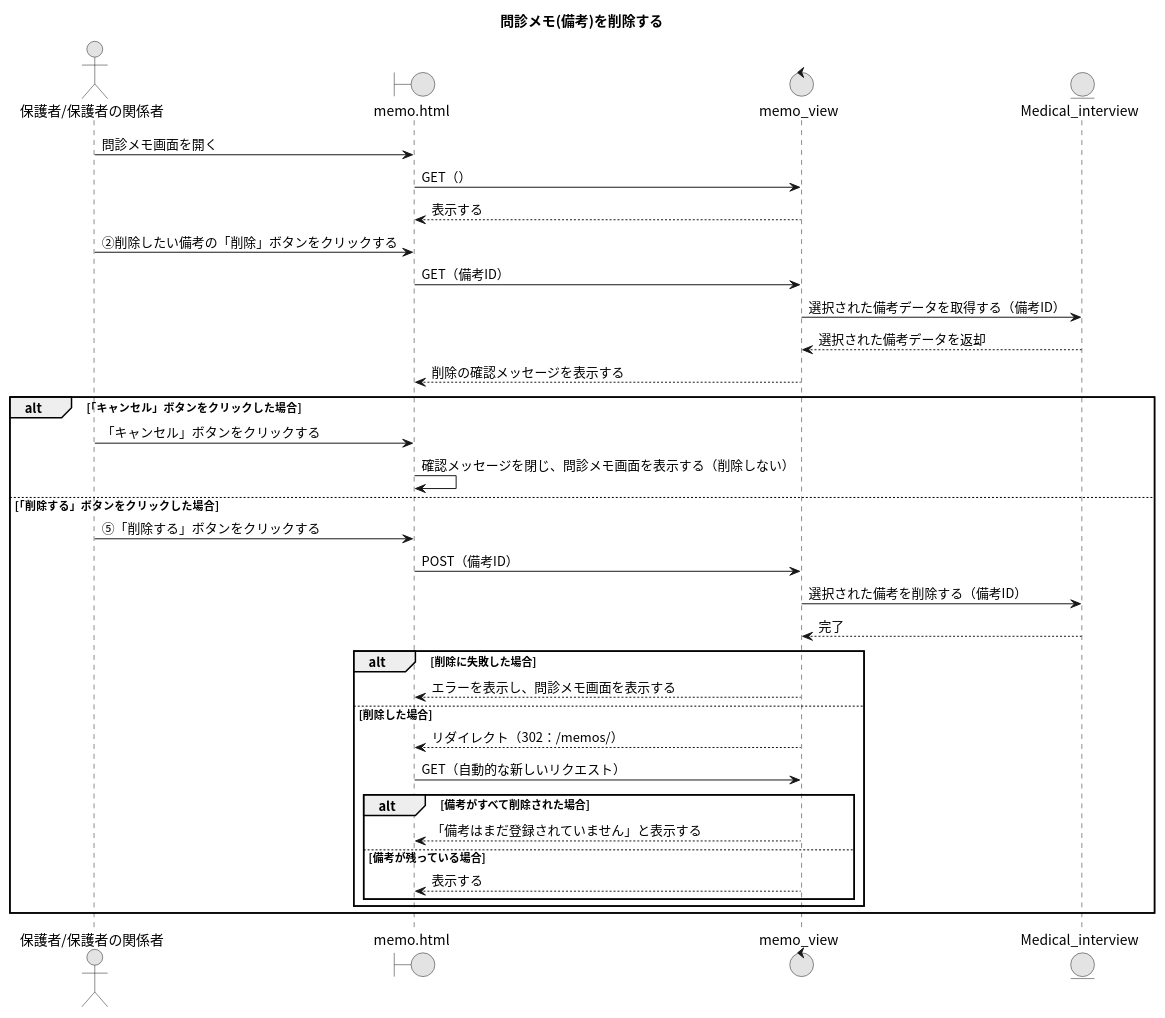
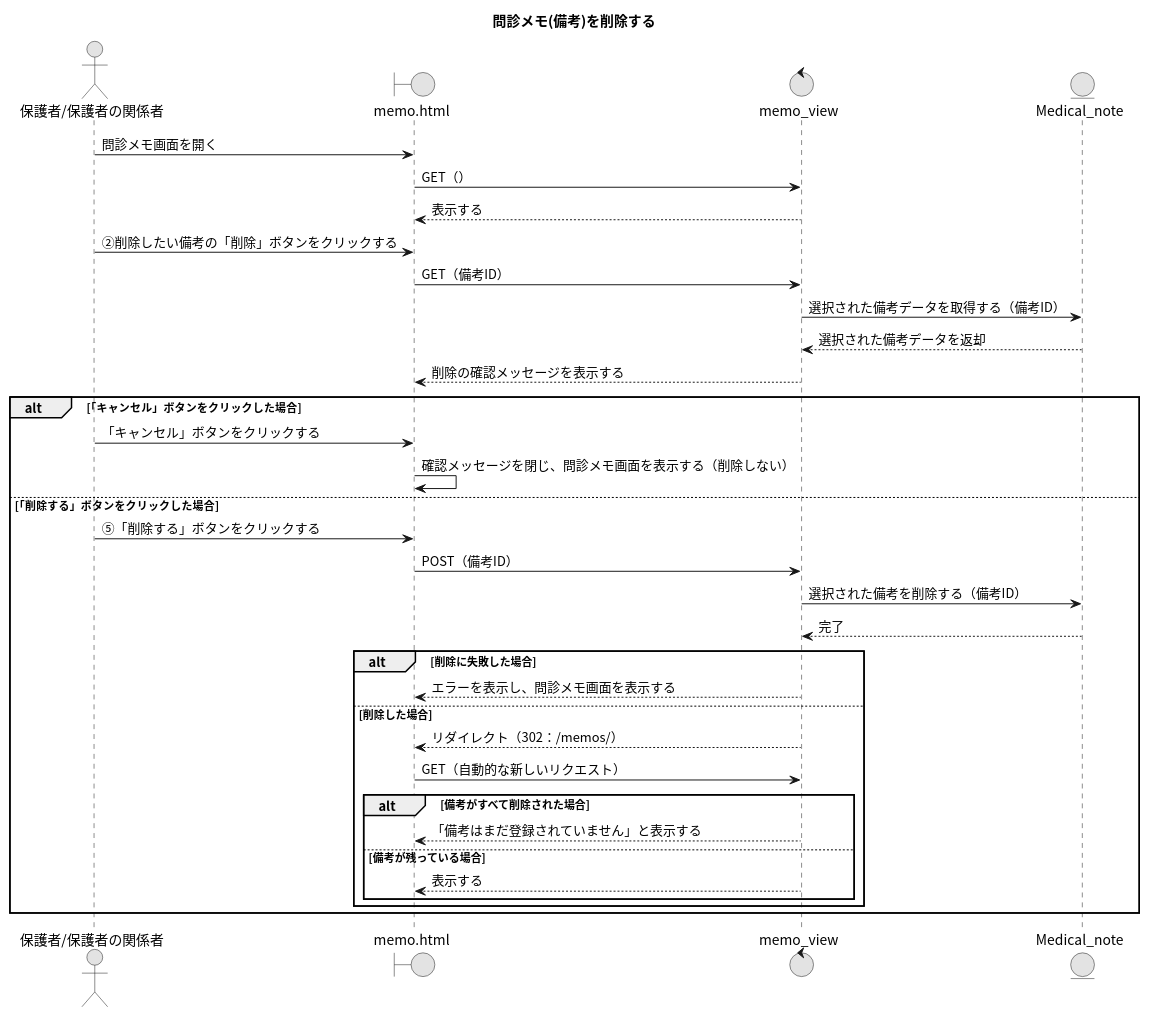
Before and after one commit to Ma2naga190330/26_sotugyou_puml: the diagram in 21_問診メモ(備考)を削除する.puml, drawn with PlantUML. The commit also changed 3 other files, not shown here.

```diff
--- a/21_問診メモ(備考)を削除する.puml
+++ b/21_問診メモ(備考)を削除する.puml
@@ -1,42 +1,42 @@
 @startuml
 title 問診メモ(備考)を削除する
 skinparam defaultFontName "Noto Sans CJK JP"
 skinparam monochrome true
 
 actor "保護者/保護者の関係者" as A
 boundary "memo.html" as MP
 control "memo_view" as MV
-entity "Medical_interview" as MIM
+entity "Medical_note" as MNM
 
 ' 最初の画面表示（問診メモ画面）
 A -> MP : 問診メモ画面を開く
 MP -> MV : GET（）
 MV --> MP : 表示する
 
 A -> MP : ②削除したい備考の「削除」ボタンをクリックする
 MP -> MV : GET（備考ID）
-MV -> MIM : 選択された備考データを取得する（備考ID）
-MV <-- MIM : 選択された備考データを返却
+MV -> MNM : 選択された備考データを取得する（備考ID）
+MV <-- MNM : 選択された備考データを返却
 MV --> MP : 削除の確認メッセージを表示する
 
 alt 「キャンセル」ボタンをクリックした場合
   A -> MP : 「キャンセル」ボタンをクリックする
   MP -> MP : 確認メッセージを閉じ、問診メモ画面を表示する（削除しない）
 else 「削除する」ボタンをクリックした場合
   A -> MP : ⑤「削除する」ボタンをクリックする
   MP -> MV : POST（備考ID）
-  MV -> MIM : 選択された備考を削除する（備考ID）
-  MV <-- MIM : 完了
+  MV -> MNM : 選択された備考を削除する（備考ID）
+  MV <-- MNM : 完了
   alt 削除に失敗した場合
     MV --> MP : エラーを表示し、問診メモ画面を表示する
   else 削除した場合
     MV --> MP : リダイレクト（302：/memos/）
     MP -> MV : GET（自動的な新しいリクエスト）
     alt 備考がすべて削除された場合
       MV --> MP : 「備考はまだ登録されていません」と表示する
     else 備考が残っている場合
       MV --> MP : 表示する
     end
   end
 end
 @enduml
```
